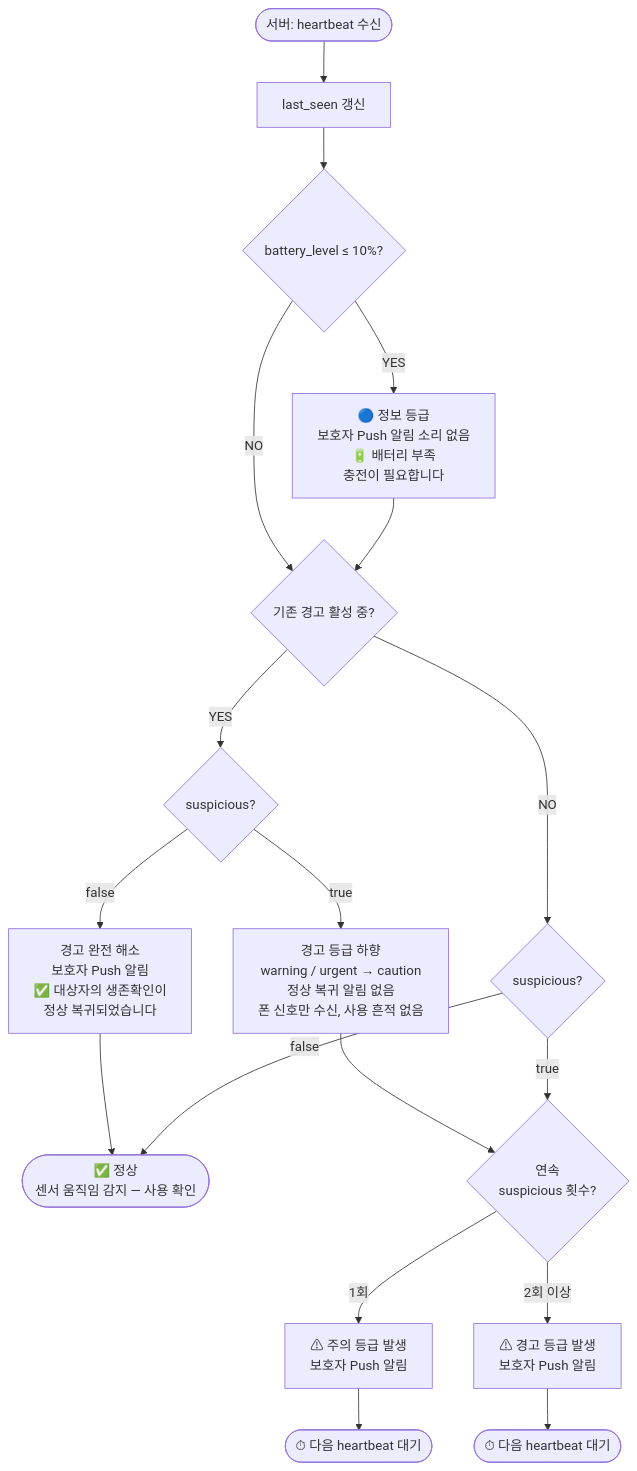
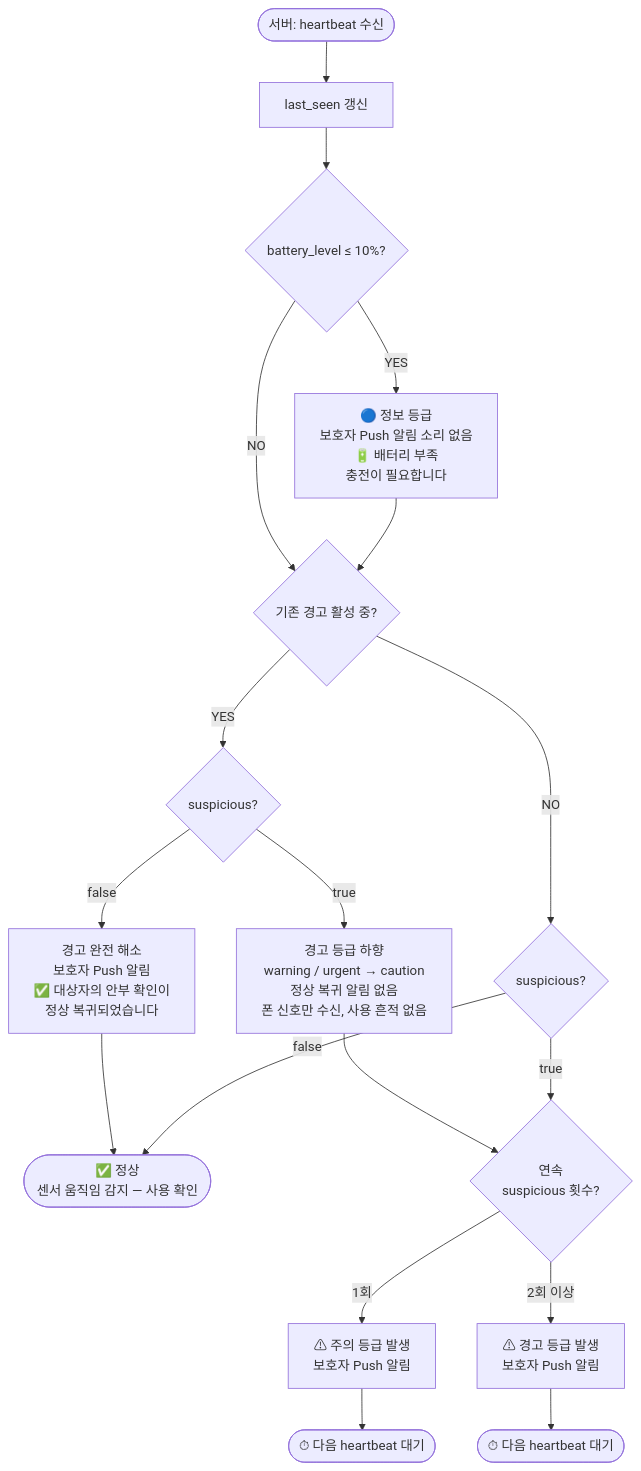
Before and after one commit to l10s18bok/anbucheck-server: the second of 6 diagrams in .ref/heartbeat_flowchart.md, drawn with Mermaid. The commit also changed other lines of this file and 3 other files, not shown here.

````diff
--- a/.ref/heartbeat_flowchart.md
+++ b/.ref/heartbeat_flowchart.md
@@ -81,29 +81,29 @@
 ```mermaid
 flowchart TD
     Receive([서버: heartbeat 수신])
     Receive --> UpdateLastSeen[last_seen 갱신]
 
     UpdateLastSeen --> BattCheck{battery_level ≤ 10%?}
     BattCheck -->|YES| BattNoti[🔵 정보 등급<br/>보호자 Push 알림 소리 없음<br/>🔋 배터리 부족<br/>충전이 필요합니다]
     BattCheck -->|NO| AlertActive
     BattNoti --> AlertActive
 
     AlertActive{기존 경고 활성 중?}
     AlertActive -->|YES| SuspiciousFirst{suspicious?}
 
-    SuspiciousFirst -->|false| Resolve[경고 완전 해소<br/>보호자 Push 알림<br/>✅ 대상자의 생존확인이<br/>정상 복귀되었습니다]
+    SuspiciousFirst -->|false| Resolve[경고 완전 해소<br/>보호자 Push 알림<br/>✅ 대상자의 안부 확인이<br/>정상 복귀되었습니다]
     SuspiciousFirst -->|true| Downgrade[경고 등급 하향<br/>warning / urgent → caution<br/>정상 복귀 알림 없음<br/>폰 신호만 수신, 사용 흔적 없음]
 
     AlertActive -->|NO| CheckSuspicious{suspicious?}
     Resolve --> StatusNormal([✅ 정상<br/>센서 움직임 감지 — 사용 확인])
     Downgrade --> ConsecutiveCheck
 
     CheckSuspicious -->|false| StatusNormal
     CheckSuspicious -->|true| ConsecutiveCheck{연속<br/>suspicious 횟수?}
 
     ConsecutiveCheck -->|1회| Caution1[⚠ 주의 등급 발생<br/>보호자 Push 알림]
     Caution1 --> Wait1([⏱ 다음 heartbeat 대기])
 
     ConsecutiveCheck -->|2회 이상| Warning2[⚠ 경고 등급 발생<br/>보호자 Push 알림]
     Warning2 --> Wait2([⏱ 다음 heartbeat 대기])
 ```
````
